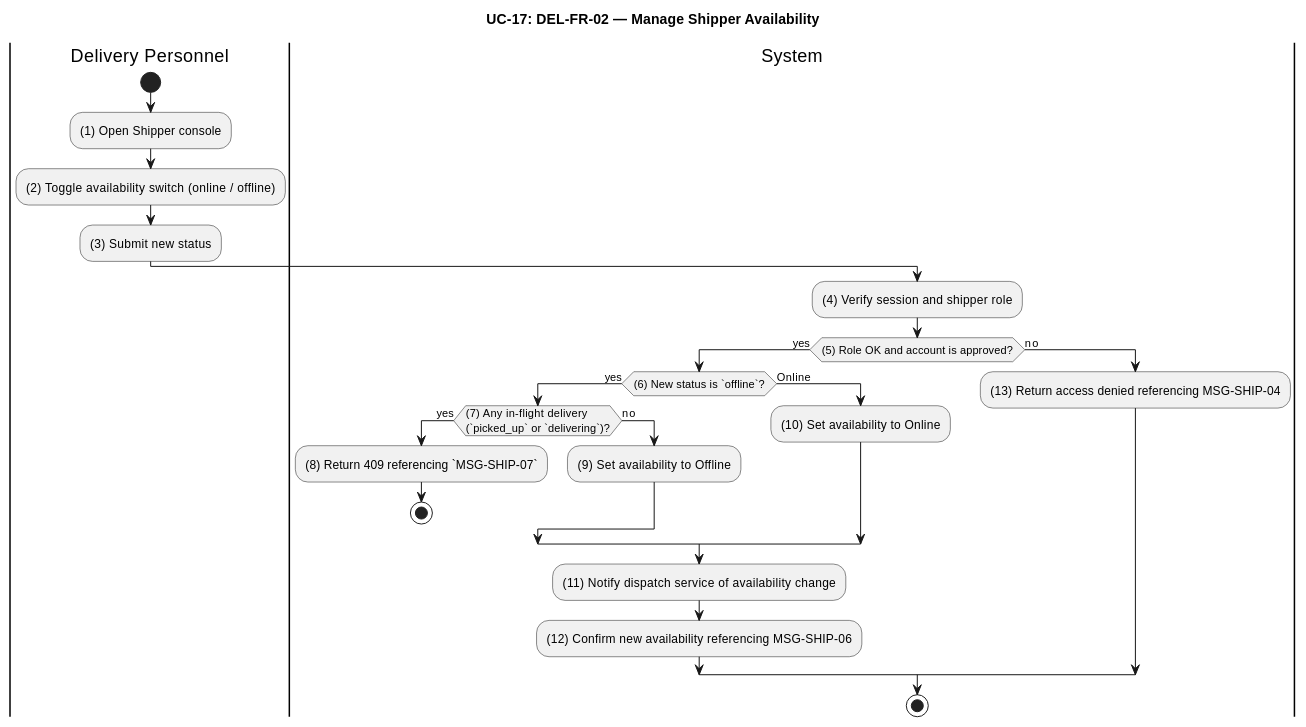
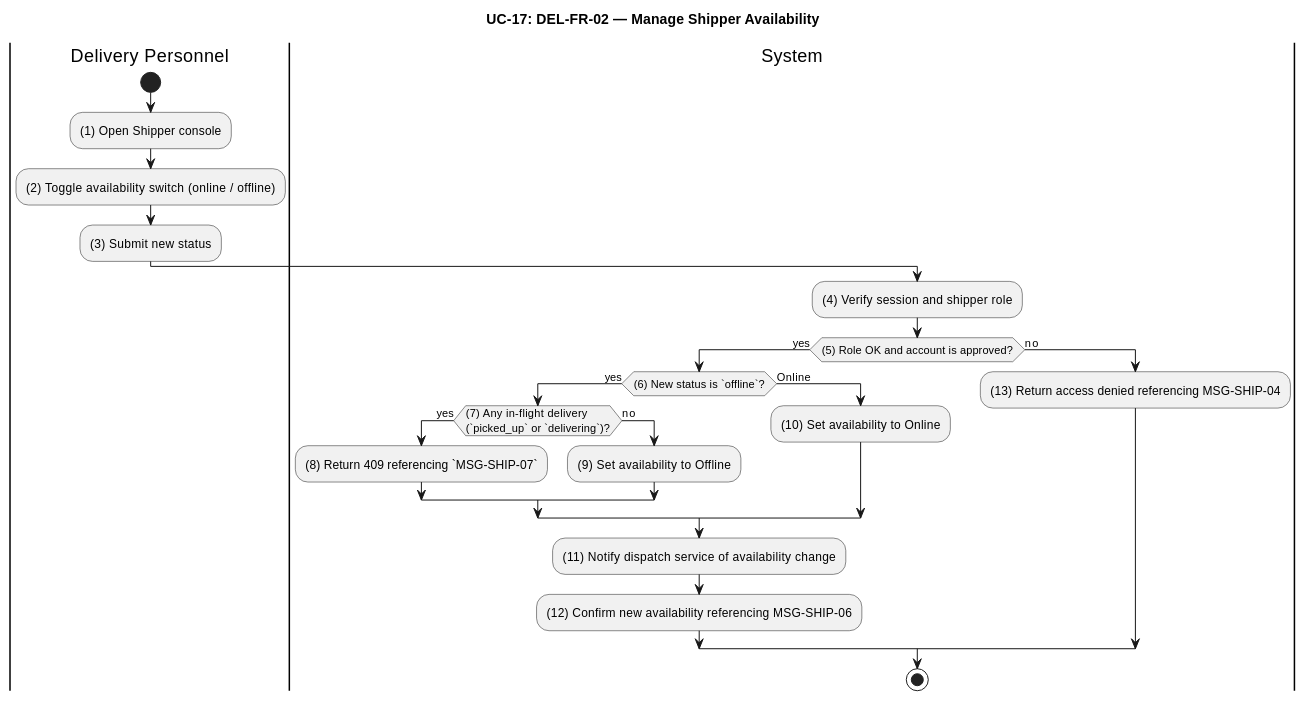
Before and after one commit to luubinhdeptrai/Food_Delivery: diagram 17 of 35 in apps/api/docs/Final_Documents/SRS_FoodDelivery.md, drawn with PlantUML. The commit also changed other lines of this file, not shown here.

````diff
--- a/apps/api/docs/Final_Documents/SRS_FoodDelivery.md
+++ b/apps/api/docs/Final_Documents/SRS_FoodDelivery.md
@@ -1370,32 +1361,31 @@
 ```plantuml
 @startuml UC17-ManageShipperAvailability
 title UC-17: DEL-FR-02 — Manage Shipper Availability
 skinparam ConditionEndStyle hline
 
 |Delivery Personnel|
 start
 :(1) Open Shipper console;
 :(2) Toggle availability switch (online / offline);
 :(3) Submit new status;
 
 |System|
 :(4) Verify session and shipper role;
 if ((5) Role OK and account is approved?) then (yes)
   if ((6) New status is `offline`?) then (yes)
     if ((7) Any in-flight delivery\n(`picked_up` or `delivering`)?) then (yes)
       :(8) Return 409 referencing `MSG-SHIP-07`;
-      stop
-    else (no)
+else (no)
       :(9) Set availability to Offline;
     endif
   else (Online)
     :(10) Set availability to Online;
   endif
   :(11) Notify dispatch service of availability change;
   :(12) Confirm new availability referencing MSG-SHIP-06;
 else (no)
   :(13) Return access denied referencing MSG-SHIP-04;
 endif
 stop
 @enduml
 ```
````
